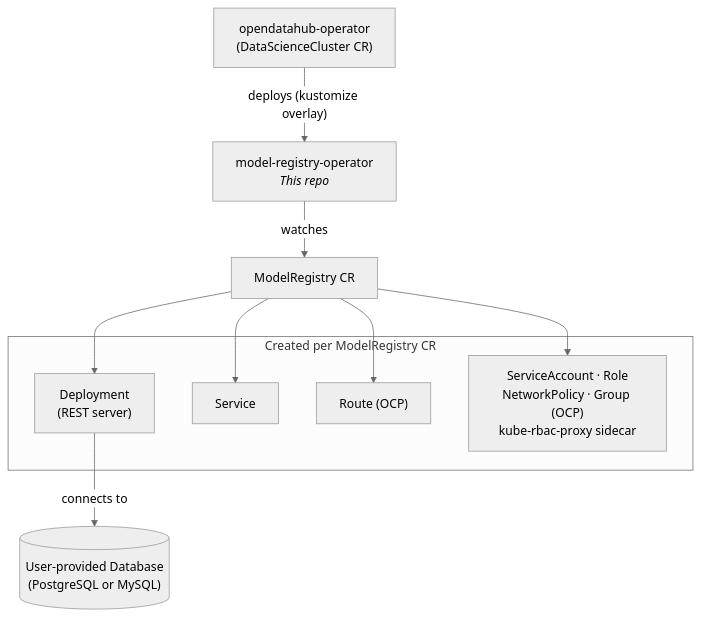
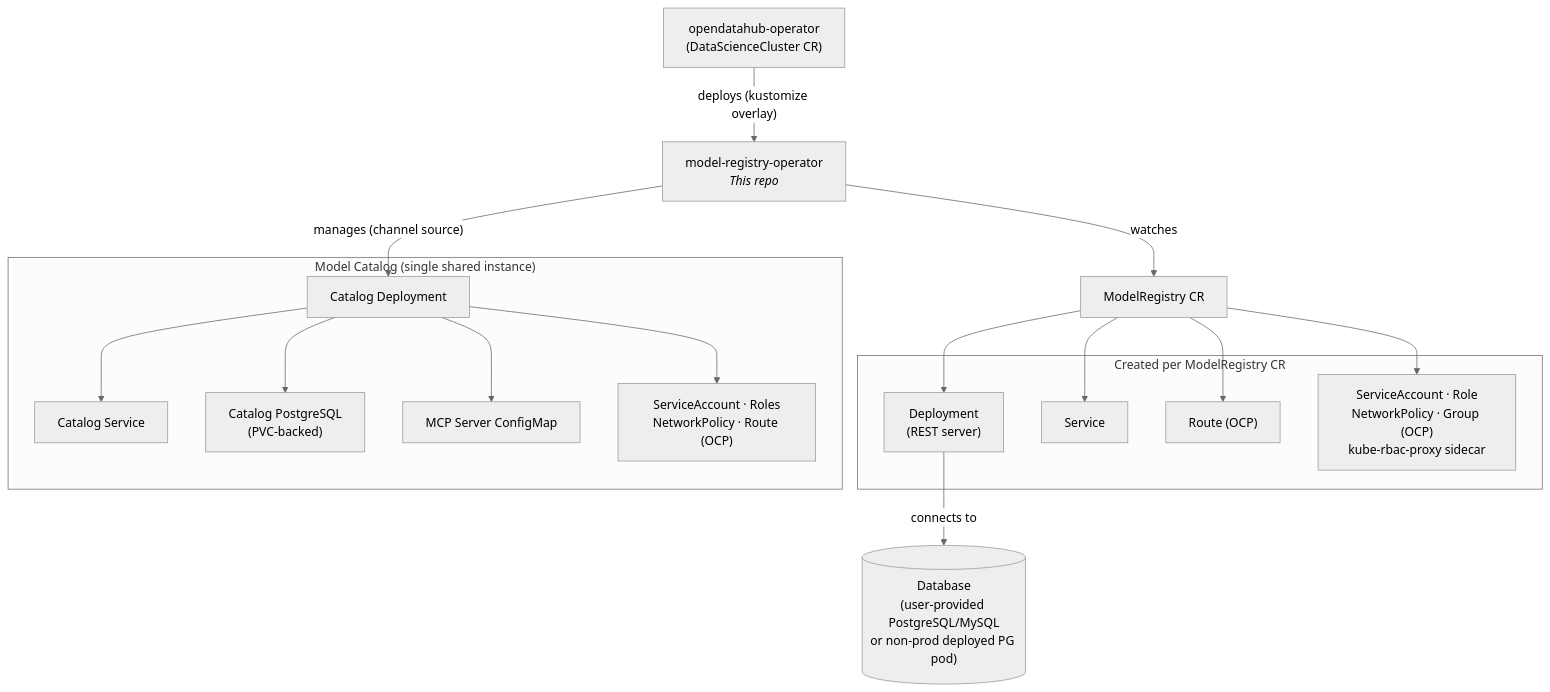
Before and after one commit to opendatahub-io/model-registry-operator: the diagram in AGENTS.md, drawn with Mermaid (neutral theme).

Commit message:
docs: add Model Catalog to diagram, fix database description
Include the Model Catalog controller and its resources (catalog
deployment, PostgreSQL, MCP server) in the architecture diagram.
Clarify that the database can be user-provided or a non-prod
deployed PostgreSQL pod.

````diff
--- a/AGENTS.md
+++ b/AGENTS.md
@@ -57,24 +57,38 @@
 ```mermaid
 graph TD
     ODH["opendatahub-operator<br/>(DataScienceCluster CR)"]
     MRO["model-registry-operator<br/><i>This repo</i>"]
     CR["ModelRegistry CR"]
 
     ODH -->|"deploys (kustomize overlay)"| MRO
     MRO -->|watches| CR
 
     subgraph "Created per ModelRegistry CR"
         DEP["Deployment<br/>(REST server)"]
         SVC[Service]
         RT["Route (OCP)"]
         MISC["ServiceAccount · Role<br/>NetworkPolicy · Group (OCP)<br/>kube-rbac-proxy sidecar"]
     end
 
     CR --> DEP
     CR --> SVC
     CR --> RT
     CR --> MISC
 
-    DB[("User-provided Database<br/>(PostgreSQL or MySQL)")]
+    DB[("Database<br/>(user-provided PostgreSQL/MySQL<br/>or non-prod deployed PG pod)")]
     DEP -->|connects to| DB
+
+    subgraph "Model Catalog (single shared instance)"
+        CAT_DEP["Catalog Deployment"]
+        CAT_SVC["Catalog Service"]
+        CAT_PG["Catalog PostgreSQL<br/>(PVC-backed)"]
+        CAT_MCP["MCP Server ConfigMap"]
+        CAT_MISC["ServiceAccount · Roles<br/>NetworkPolicy · Route (OCP)"]
+    end
+
+    MRO -->|"manages (channel source)"| CAT_DEP
+    CAT_DEP --> CAT_PG
+    CAT_DEP --> CAT_SVC
+    CAT_DEP --> CAT_MCP
+    CAT_DEP --> CAT_MISC
 ```
````
